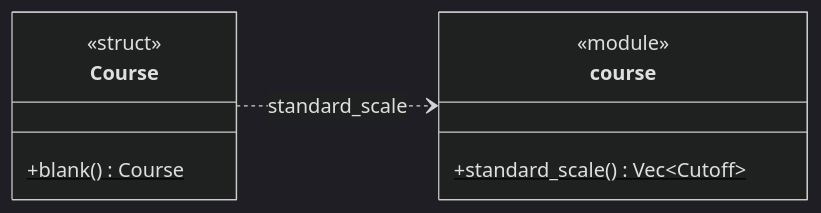
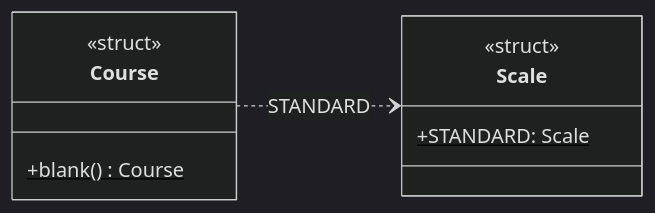
One commit to Patman1O1/grade-calculator changed the fifth of 9 diagrams in docs/uml.md. Above: the diagram before and after it, drawn with Mermaid (dark theme). The commit also changed other lines of this file and 12 other files, not shown here.

First line of the commit message:
Replace Cutoff with a fixed Scale { a, b, c, d, f }

````diff
--- a/docs/uml.md
+++ b/docs/uml.md
@@ -235,13 +246,13 @@
 ```mermaid
 classDiagram
   direction LR
   class Course {
     <<struct>>
     +blank()$ Course
   }
-  class course {
-    <<module>>
-    +standard_scale()$ Vec~Cutoff~
+  class Scale {
+    <<struct>>
+    +STANDARD: Scale$
   }
-  Course ..> course : standard_scale
+  Course ..> Scale : STANDARD
 ```
````
